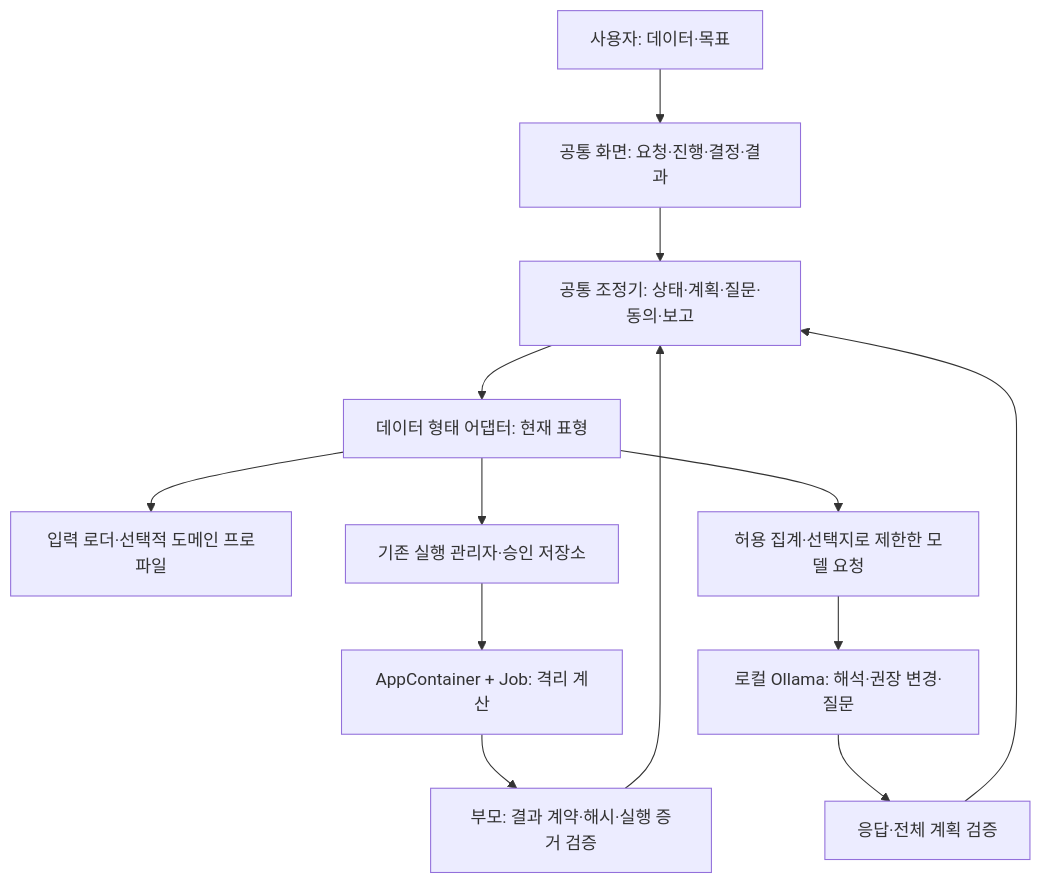
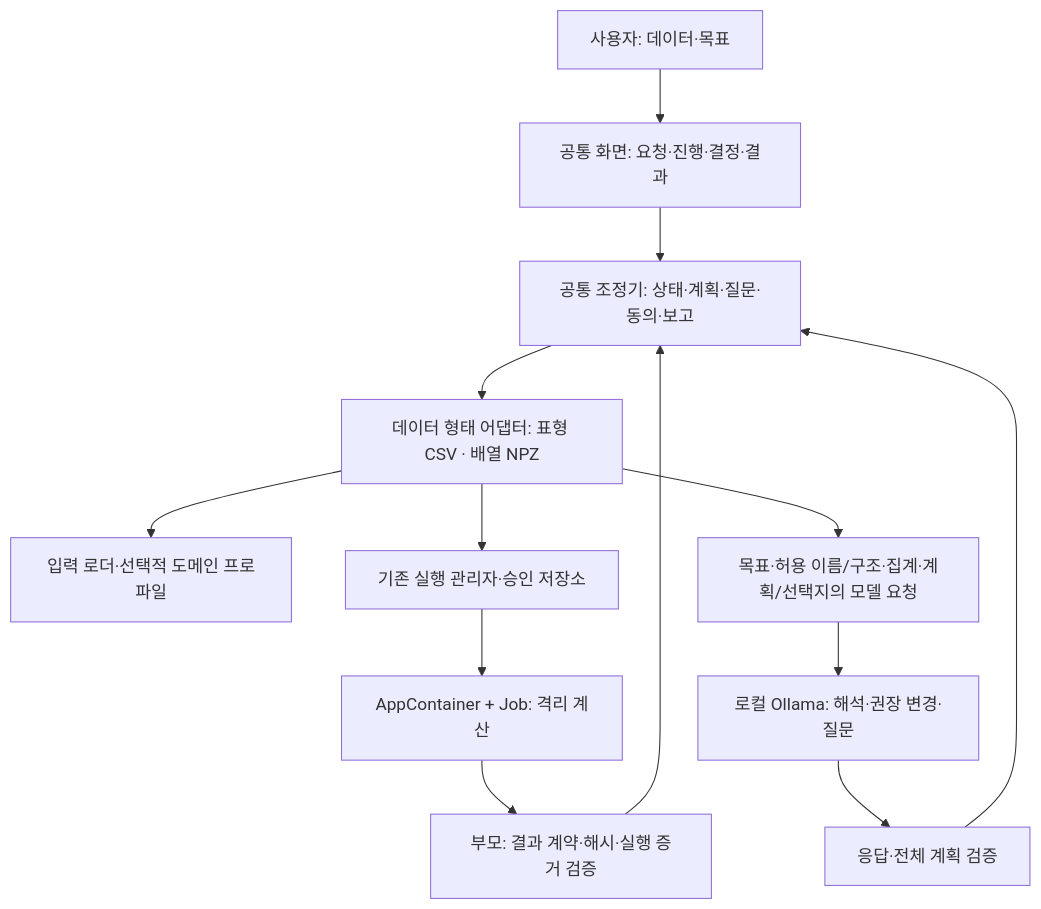
One commit to didgustmd23/waferguard changed the first of 3 diagrams in docs/agents/DESIGN.md. Above: the diagram before and after it, drawn with Mermaid. The commit also changed other lines of this file and 37 other files, not shown here.

````diff
--- a/docs/agents/DESIGN.md
+++ b/docs/agents/DESIGN.md
@@ -28,15 +28,15 @@
 ```mermaid
 flowchart TD
     U[사용자: 데이터·목표] --> UI[공통 화면: 요청·진행·결정·결과]
     UI --> O[공통 조정기: 상태·계획·질문·동의·보고]
-    O --> A[데이터 형태 어댑터: 현재 표형]
+    O --> A[데이터 형태 어댑터: 표형 CSV · 배열 NPZ]
     A --> L[입력 로더·선택적 도메인 프로파일]
     A --> E[기존 실행 관리자·승인 저장소]
     E --> W[AppContainer + Job: 격리 계산]
     W --> V[부모: 결과 계약·해시·실행 증거 검증]
     V --> O
-    A --> G[허용 집계·선택지로 제한한 모델 요청]
+    A --> G[목표·허용 이름/구조·집계·계획/선택지의 모델 요청]
     G --> M[로컬 Ollama: 해석·권장 변경·질문]
     M --> P[응답·전체 계획 검증]
     P --> O
 ```
````
